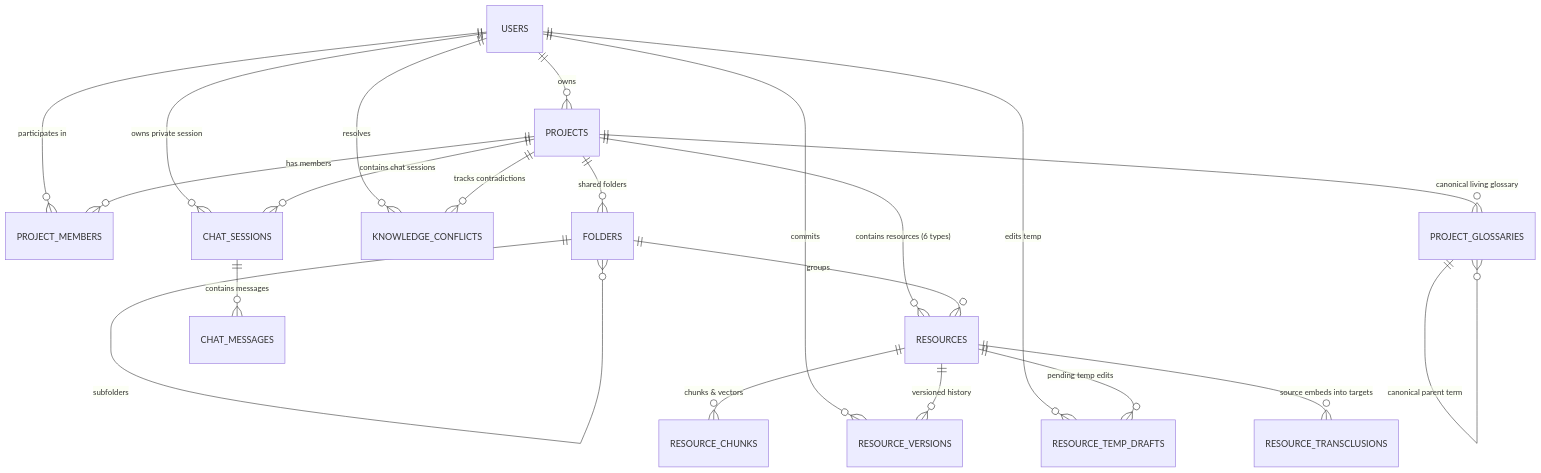
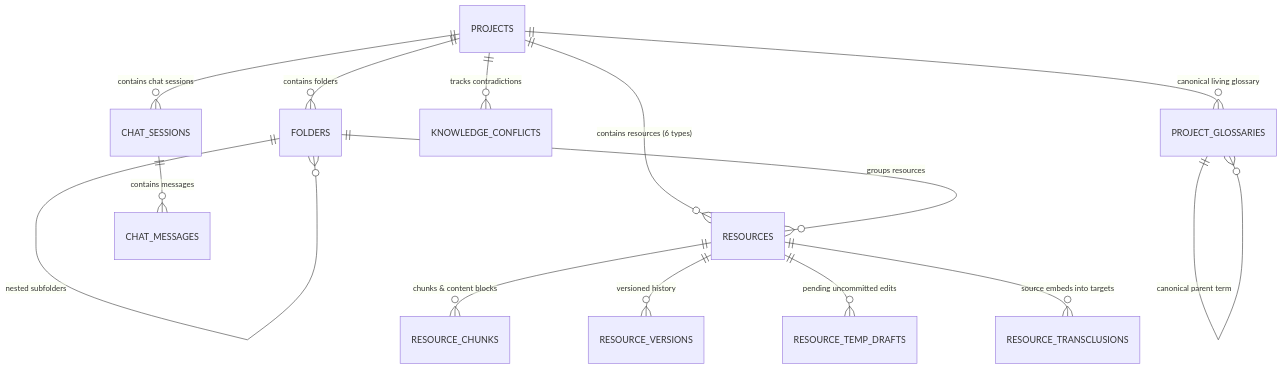
The diagram in docs/architecture/002-data-schema.md (kelsonwinith/app.projectP), drawn with Mermaid before and after one commit. The commit also changed other lines of this file and 39 other files, not shown here.

````diff
--- a/docs/architecture/002-data-schema.md
+++ b/docs/architecture/002-data-schema.md
@@ -12,27 +12,19 @@
 ```mermaid
 erDiagram
-    USERS ||--o{ PROJECTS : "owns"
-    USERS ||--o{ PROJECT_MEMBERS : "participates in"
-    USERS ||--o{ CHAT_SESSIONS : "owns private session"
-    USERS ||--o{ RESOURCE_VERSIONS : "commits"
-    USERS ||--o{ RESOURCE_TEMP_DRAFTS : "edits temp"
-    USERS ||--o{ KNOWLEDGE_CONFLICTS : "resolves"
-
-    PROJECTS ||--o{ PROJECT_MEMBERS : "has members"
-    PROJECTS ||--o{ FOLDERS : "shared folders"
+    PROJECTS ||--o{ FOLDERS : "contains folders"
     PROJECTS ||--o{ RESOURCES : "contains resources (6 types)"
     PROJECTS ||--o{ PROJECT_GLOSSARIES : "canonical living glossary"
     PROJECTS ||--o{ KNOWLEDGE_CONFLICTS : "tracks contradictions"
     PROJECTS ||--o{ CHAT_SESSIONS : "contains chat sessions"
 
-    FOLDERS ||--o{ FOLDERS : "subfolders"
-    FOLDERS ||--o{ RESOURCES : "groups"
+    FOLDERS ||--o{ FOLDERS : "nested subfolders"
+    FOLDERS ||--o{ RESOURCES : "groups resources"
 
-    RESOURCES ||--o{ RESOURCE_CHUNKS : "chunks & vectors"
+    RESOURCES ||--o{ RESOURCE_CHUNKS : "chunks & content blocks"
     RESOURCES ||--o{ RESOURCE_VERSIONS : "versioned history"
-    RESOURCES ||--o{ RESOURCE_TEMP_DRAFTS : "pending temp edits"
+    RESOURCES ||--o{ RESOURCE_TEMP_DRAFTS : "pending uncommitted edits"
     RESOURCES ||--o{ RESOURCE_TRANSCLUSIONS : "source embeds into targets"
 
     PROJECT_GLOSSARIES ||--o{ PROJECT_GLOSSARIES : "canonical parent term"
     CHAT_SESSIONS ||--o{ CHAT_MESSAGES : "contains messages"
 ```
````
